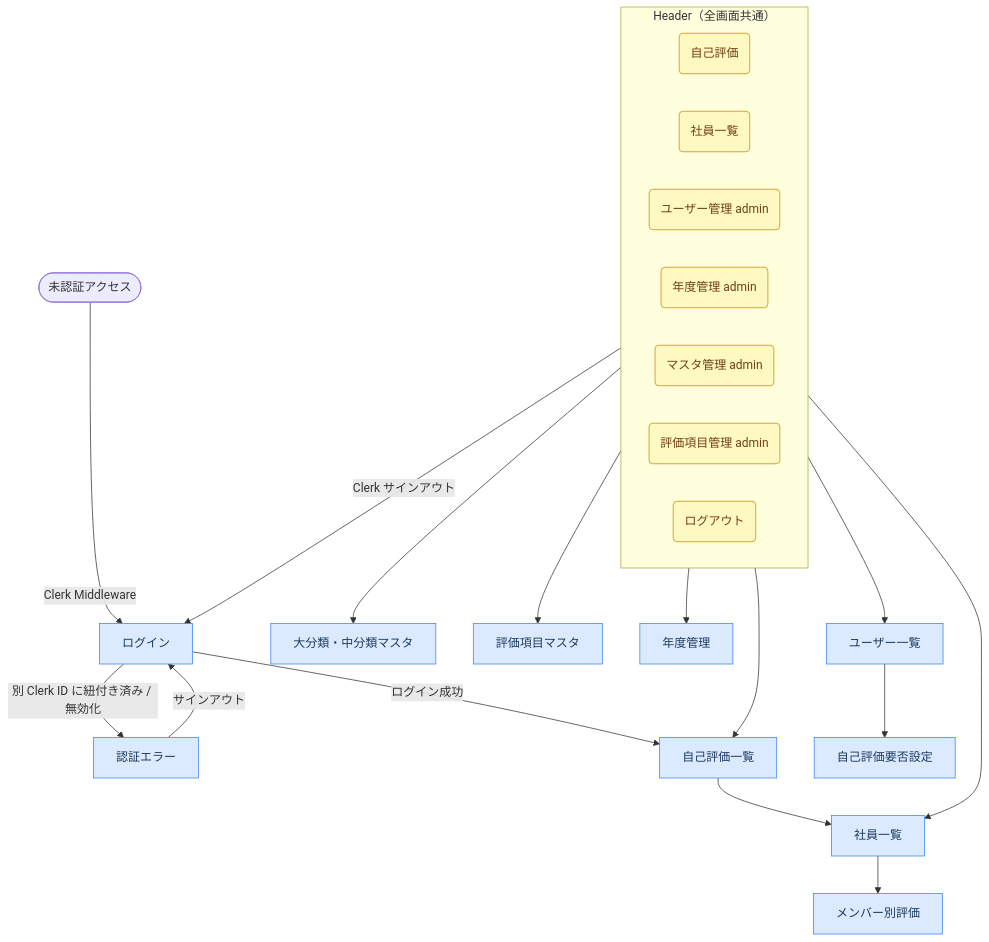
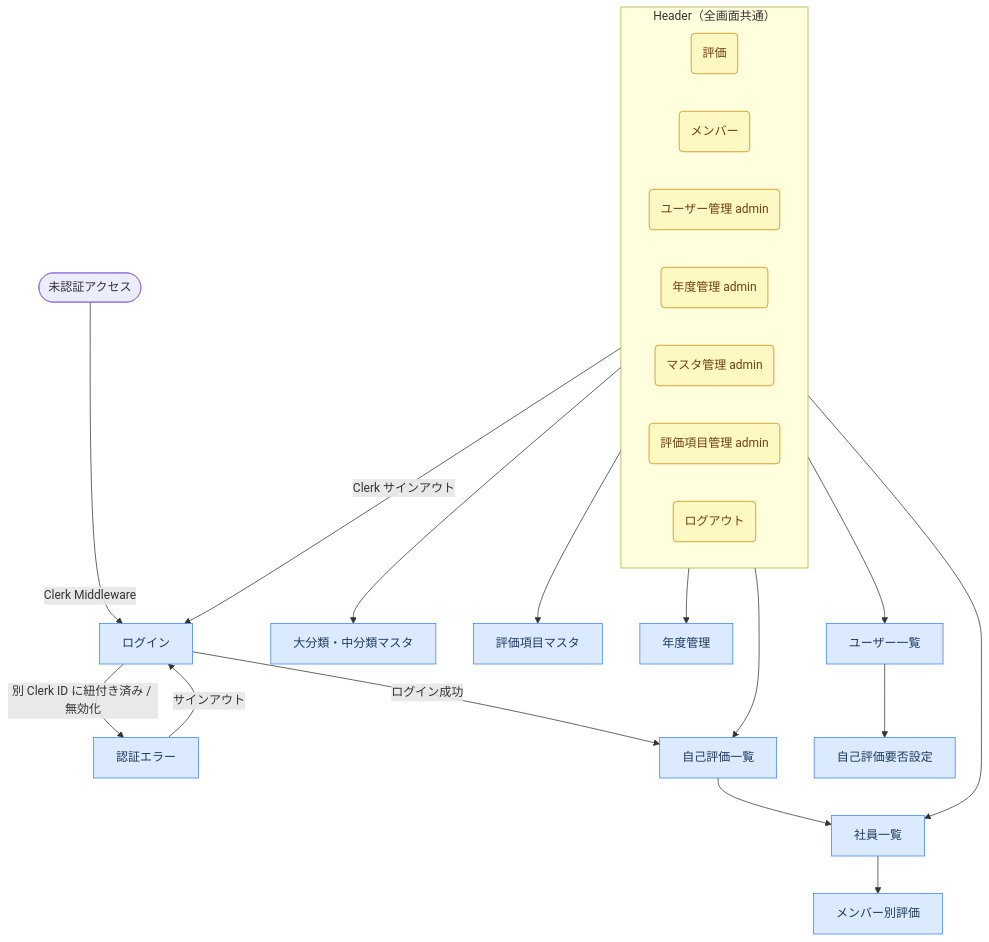
The diagram in docs/ui.md (ot-nemoto/eval-hub), drawn with Mermaid before and after one commit. The commit also changed other lines of this file, not shown here.

Commit message:
fix: ui.md のナビラベル表記を「評価」「メンバー」に修正（T170）
Mermaid 遷移図・NavLinks コンポーネント説明の旧ラベル（自己評価・社員一覧）を
実装と合わせて修正。

````diff
--- a/docs/ui.md
+++ b/docs/ui.md
@@ -26,46 +26,46 @@
 ```mermaid
 flowchart TD
     classDef screen fill:#dbeafe,stroke:#3b82f6,color:#1e3a5f
     classDef nav fill:#fef9c3,stroke:#ca8a04,color:#713f12
 
     UNAUTH([未認証アクセス])
     LOGIN["ログイン"]:::screen
     AUTH_ERROR["認証エラー"]:::screen
     EVALUATIONS["自己評価一覧"]:::screen
     MEMBERS["社員一覧"]:::screen
     MEMBER_EVAL["メンバー別評価"]:::screen
     ADMIN_TARGETS["大分類・中分類マスタ"]:::screen
     ADMIN_ITEMS["評価項目マスタ"]:::screen
     ADMIN_YEARS["年度管理"]:::screen
     ADMIN_USERS["ユーザー一覧"]:::screen
     ADMIN_SETTINGS["自己評価要否設定"]:::screen
 
     UNAUTH -->|"Clerk Middleware"| LOGIN
     LOGIN -->|"ログイン成功"| EVALUATIONS
     LOGIN -->|"別 Clerk ID に紐付き済み / 無効化"| AUTH_ERROR
     AUTH_ERROR -->|"サインアウト"| LOGIN
 
     EVALUATIONS --> MEMBERS
     MEMBERS --> MEMBER_EVAL
 
     ADMIN_USERS --> ADMIN_SETTINGS
 
     subgraph Header ["Header（全画面共通）"]
         direction LR
-        H_EVAL("自己評価"):::nav
-        H_MEMBERS("社員一覧"):::nav
+        H_EVAL("評価"):::nav
+        H_MEMBERS("メンバー"):::nav
         H_ADMIN_USERS("ユーザー管理 admin"):::nav
         H_ADMIN_YEARS("年度管理 admin"):::nav
         H_ADMIN_TARGETS("マスタ管理 admin"):::nav
         H_ADMIN_ITEMS("評価項目管理 admin"):::nav
         H_LOGOUT("ログアウト"):::nav
     end
 
     H_EVAL --> EVALUATIONS
     H_MEMBERS --> MEMBERS
     H_ADMIN_USERS --> ADMIN_USERS
     H_ADMIN_YEARS --> ADMIN_YEARS
     H_ADMIN_TARGETS --> ADMIN_TARGETS
     H_ADMIN_ITEMS --> ADMIN_ITEMS
     H_LOGOUT -->|"Clerk サインアウト"| LOGIN
 ```
````
